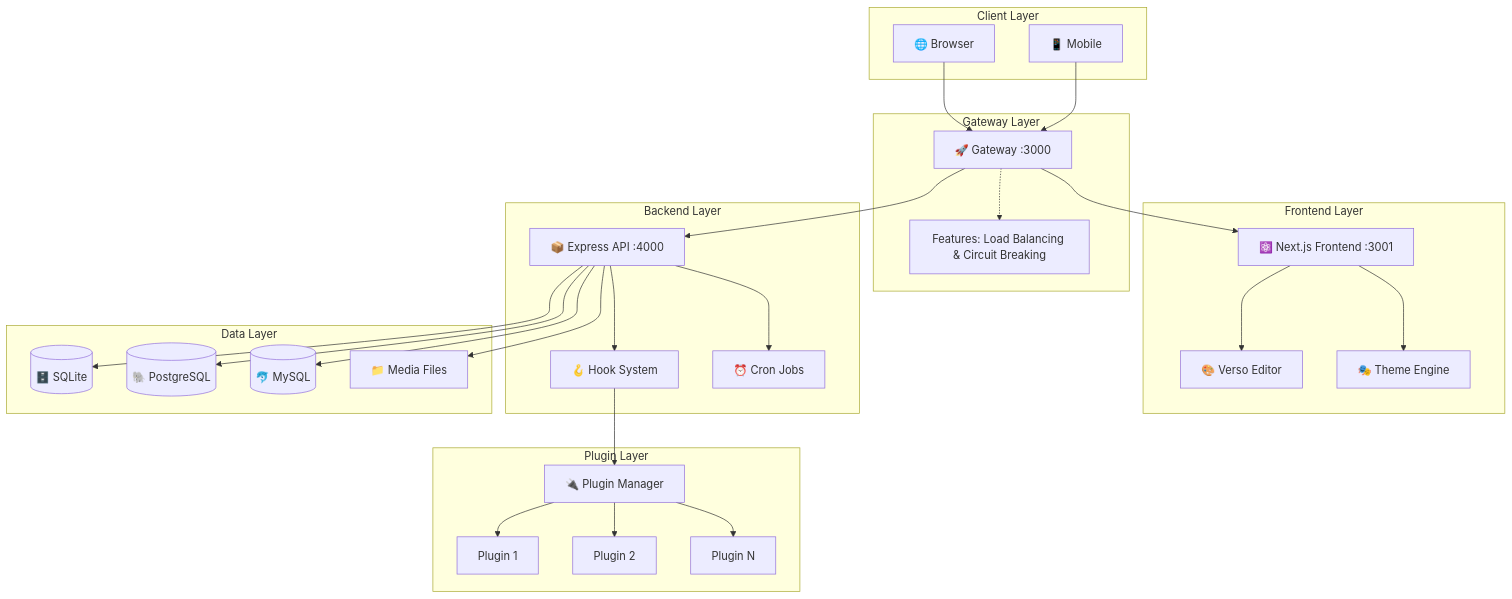
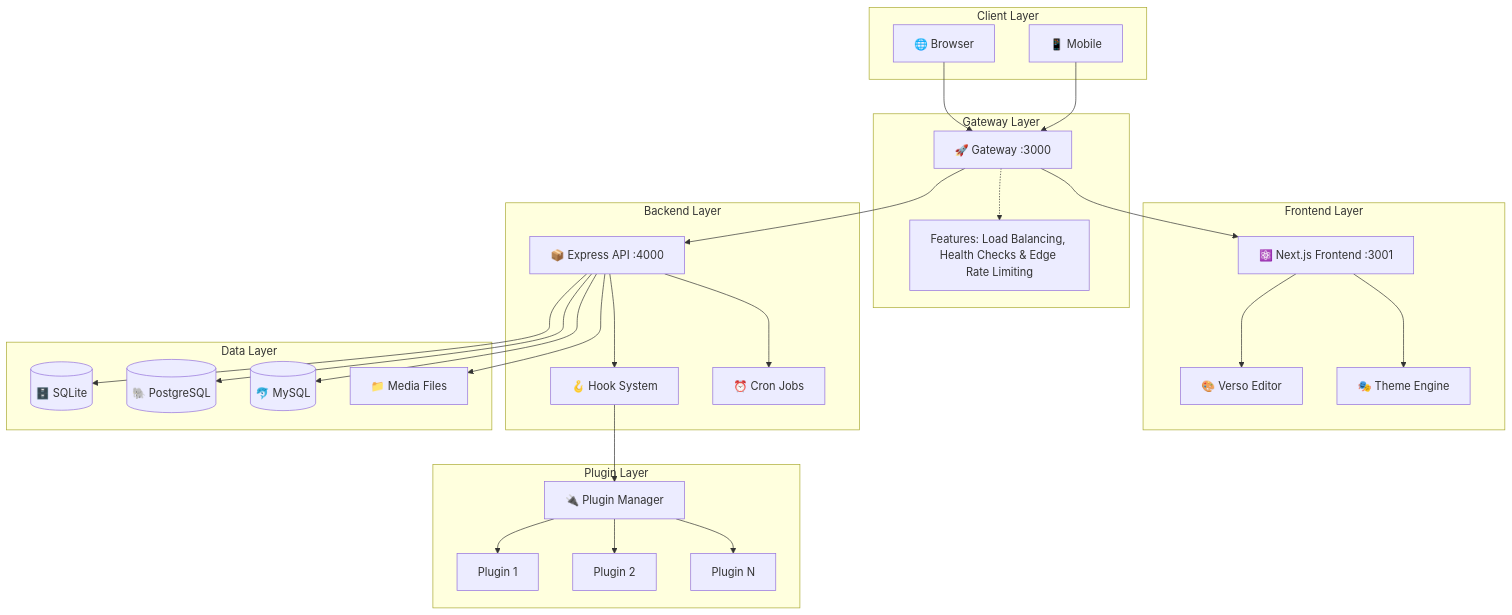
One commit to jaimemartinez/wordjs changed the first of 11 diagrams in documentation/architecture.md. Above: the diagram before and after it, drawn with Mermaid. The commit also changed other lines of this file and 48 other files, not shown here.

````diff
--- a/documentation/architecture.md
+++ b/documentation/architecture.md
@@ -9,56 +9,56 @@
 ```mermaid
 graph TB
     subgraph "Client Layer"
         Browser[🌐 Browser]
         Mobile[📱 Mobile]
     end
 
     subgraph "Gateway Layer"
         Gateway[🚀 Gateway :3000]
-        note[Features: Load Balancing & Circuit Breaking]
+        note[Features: Load Balancing, Health Checks & Edge Rate Limiting]
         Gateway -.-> note
     end
 
     subgraph "Frontend Layer"
         NextJS[⚛️ Next.js Frontend :3001]
         Verso[🎨 Verso Editor]
         Themes[🎭 Theme Engine]
     end
 
     subgraph "Backend Layer"
         Express[📦 Express API :4000]
         Hooks[🪝 Hook System]
         Cron[⏰ Cron Jobs]
     end
 
     subgraph "Plugin Layer"
         PluginCore[🔌 Plugin Manager]
         Plugin1[Plugin 1]
         Plugin2[Plugin 2]
         PluginN[Plugin N]
     end
 
     subgraph "Data Layer"
         SQLite[(🗄️ SQLite)]
         PostgreSQL[(🐘 PostgreSQL)]
         MySQL[(🐬 MySQL)]
         MediaFS[📁 Media Files]
     end
 
     Browser --> Gateway
     Mobile --> Gateway
     Gateway --> NextJS
     Gateway --> Express
     NextJS --> Verso
     NextJS --> Themes
     Express --> Hooks
     Express --> Cron
     Hooks --> PluginCore
     PluginCore --> Plugin1
     PluginCore --> Plugin2
     PluginCore --> PluginN
     Express --> SQLite
     Express --> PostgreSQL
     Express --> MySQL
     Express --> MediaFS
 ```
````
